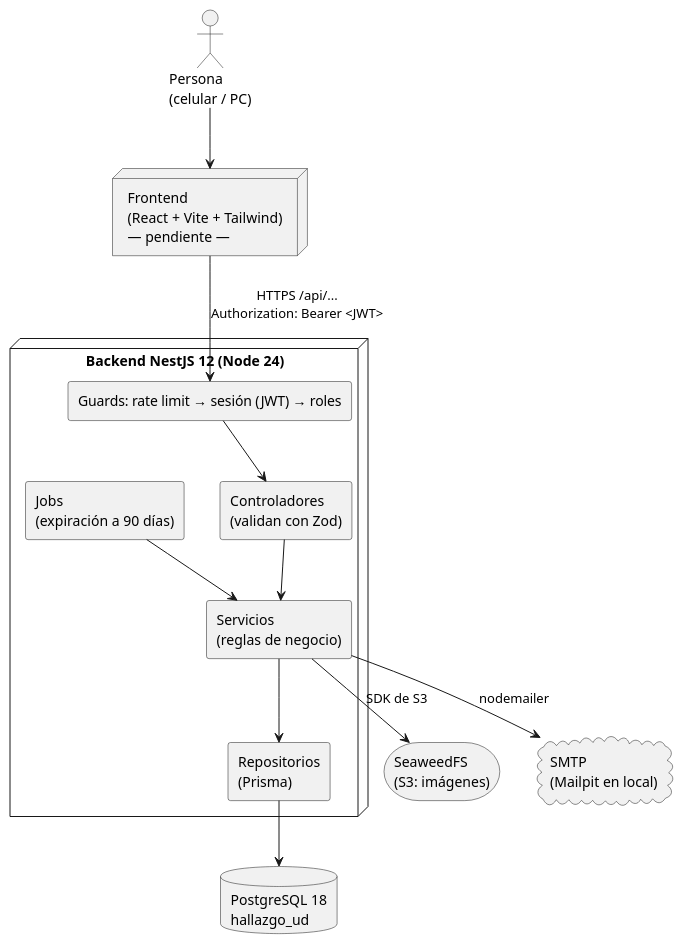
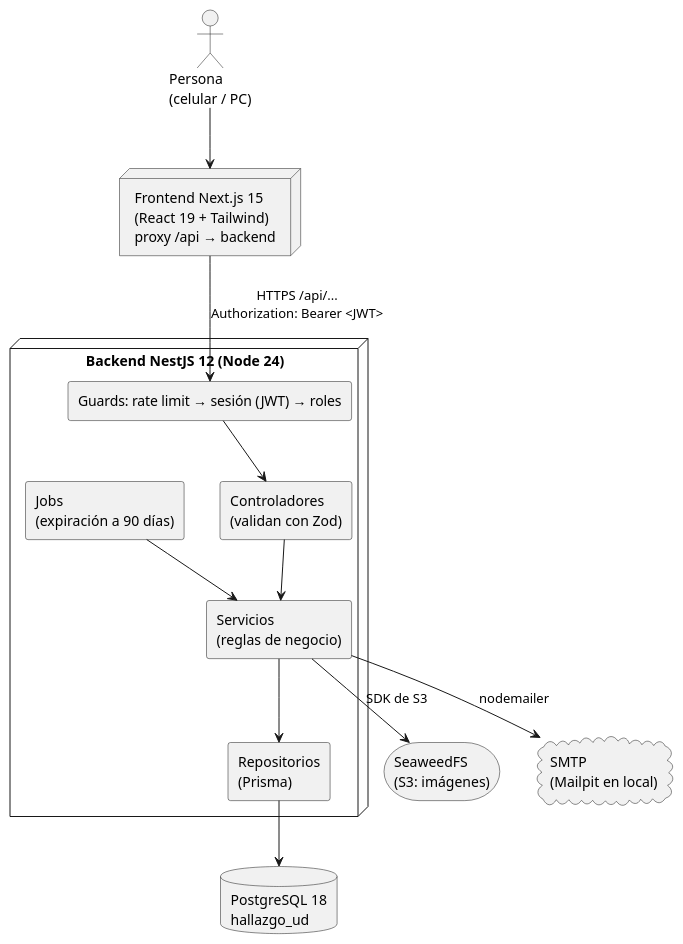
The diagram in docs/arquitectura.md (WalterS255/HallazGOUD), drawn with PlantUML before and after one commit. The commit also changed 62 other files, not shown here.

````diff
--- a/docs/arquitectura.md
+++ b/docs/arquitectura.md
@@ -7,31 +7,31 @@
 ```plantuml
 @startuml
 skinparam shadowing false
 skinparam componentStyle rectangle
 
 actor "Persona\n(celular / PC)" as persona
-node "Frontend\n(React + Vite + Tailwind)\n— pendiente —" as front
+node "Frontend Next.js 15\n(React 19 + Tailwind)\nproxy /api → backend" as front
 
 node "Backend NestJS 12 (Node 24)" as back {
   [Guards: rate limit → sesión (JWT) → roles] as guards
   [Controladores\n(validan con Zod)] as ctrl
   [Servicios\n(reglas de negocio)] as serv
   [Repositorios\n(Prisma)] as repo
   [Jobs\n(expiración a 90 días)] as jobs
 }
 
 database "PostgreSQL 18\nhallazgo_ud" as bd
 storage "SeaweedFS\n(S3: imágenes)" as s3
 cloud "SMTP\n(Mailpit en local)" as smtp
 
 persona --> front
 front --> guards : HTTPS /api/...\nAuthorization: Bearer <JWT>
 guards --> ctrl
 ctrl --> serv
 serv --> repo
 jobs --> serv
 repo --> bd
 serv --> s3 : SDK de S3
 serv --> smtp : nodemailer
 @enduml
 ```
````
